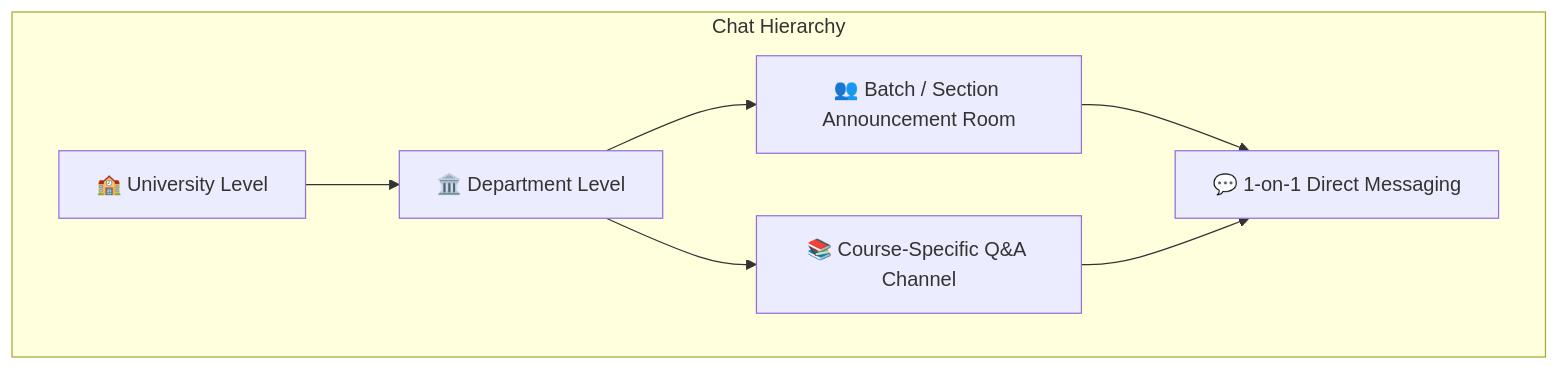
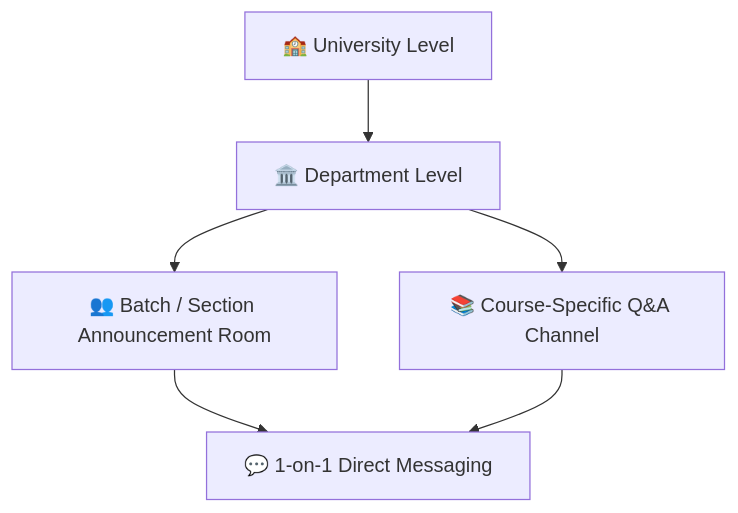
Before and after one commit to Ti838/RoutineFlow-App: the third of 4 diagrams in SYSTEM_BLUEPRINT.md, drawn with Mermaid. The commit also changed other lines of this file and 15 other files, not shown here.

Commit message:
feat: complete Google Stitch design system, dynamic Riverpod providers, multi-device adaptivity & diagram fixes

````diff
--- a/SYSTEM_BLUEPRINT.md
+++ b/SYSTEM_BLUEPRINT.md
@@ -86,16 +84,8 @@
 ```mermaid
-graph TD
-    subgraph Chat Hierarchy
-        U[🏫 University Level]
-        D[🏛️ Department Level]
-        B[👥 Batch / Section Announcement Room]
-        C[📚 Course-Specific Q&A Channel]
-        P[💬 1-on-1 Direct Messaging]
-    end
-
-    U --> D
-    D --> B
-    D --> C
-    B --> P
+flowchart TD
+    U["🏫 University Level"] --> D["🏛️ Department Level"]
+    D --> B["👥 Batch / Section Announcement Room"]
+    D --> C["📚 Course-Specific Q&A Channel"]
+    B --> P["💬 1-on-1 Direct Messaging"]
     C --> P
 ```
````
